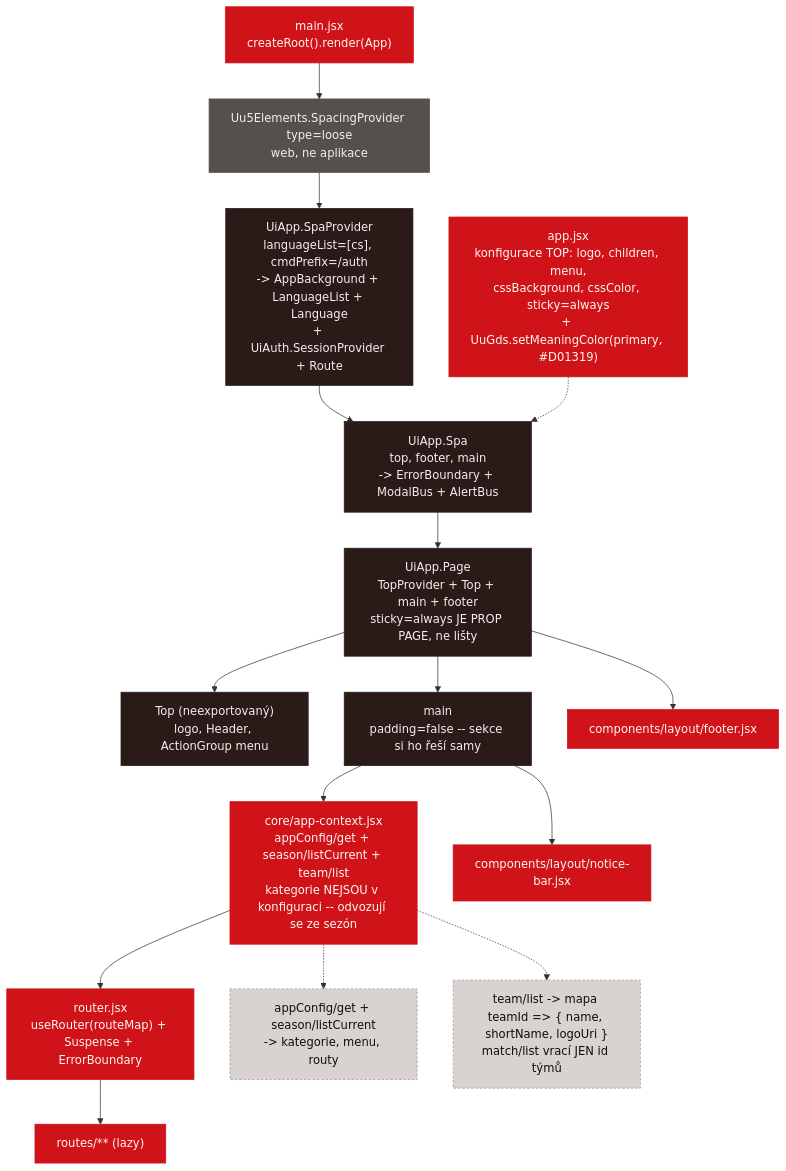
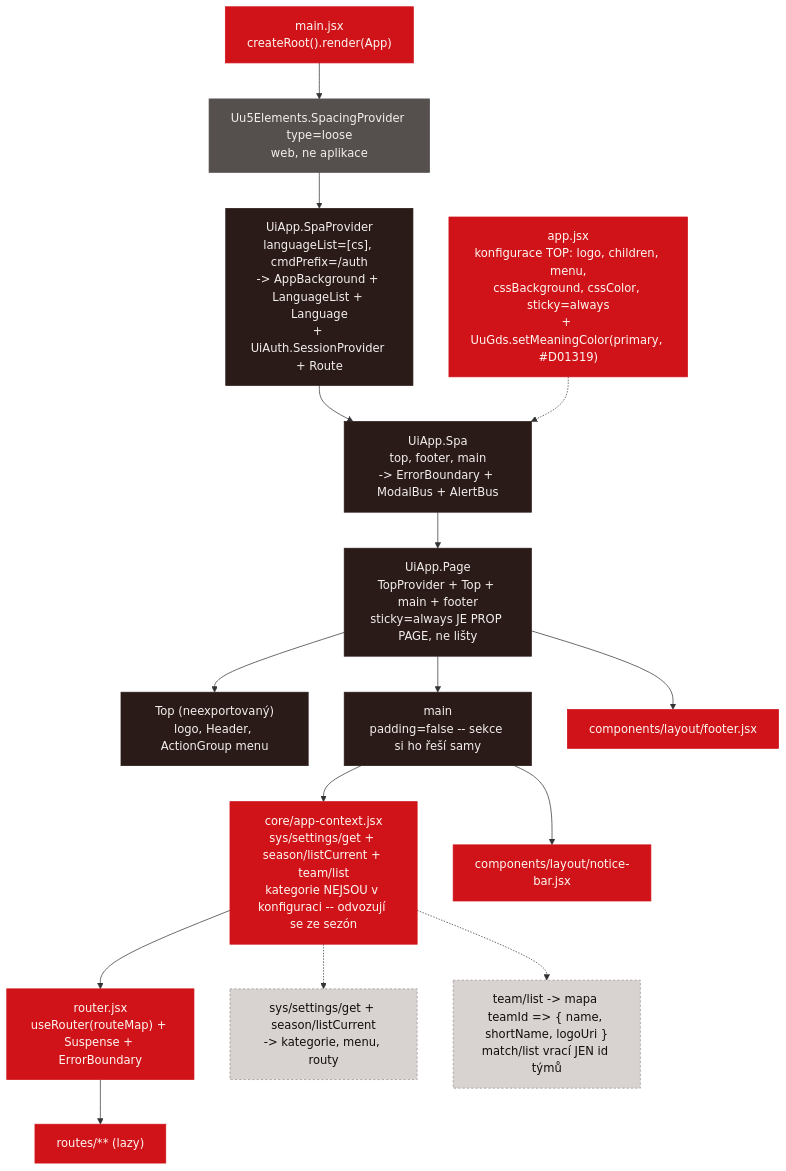
One commit to capo00/afkbratcice changed the first of 10 diagrams in design/component-tree.md. Above: the diagram before and after it, drawn with Mermaid. The commit also changed 34 other files, not shown here.

````diff
--- a/design/component-tree.md
+++ b/design/component-tree.md
@@ -46,34 +46,34 @@
 ```mermaid
 flowchart TD
   main0["main.jsx<br/>createRoot().render(App)"]:::own
   app["app.jsx<br/>konfigurace TOP: logo, children, menu,<br/>cssBackground, cssColor, sticky=always<br/>+ UuGds.setMeaningColor(primary, #D01319)"]:::own
   spacing["Uu5Elements.SpacingProvider type=loose<br/>web, ne aplikace"]:::uu5
   provider["UiApp.SpaProvider<br/>languageList=[cs], cmdPrefix=/auth<br/>-> AppBackground + LanguageList + Language<br/>+ UiAuth.SessionProvider + Route"]:::caio
   spa["UiApp.Spa<br/>top, footer, main<br/>-> ErrorBoundary + ModalBus + AlertBus"]:::caio
   cpage["UiApp.Page<br/>TopProvider + Top + main + footer<br/>sticky=always JE PROP PAGE, ne lišty"]:::caio
   ctop["Top (neexportovaný)<br/>logo, Header, ActionGroup menu"]:::caio
   cmain["main<br/>padding=false -- sekce si ho řeší samy"]:::caio
-  appctx["core/app-context.jsx<br/>appConfig/get + season/listCurrent + team/list<br/>kategorie NEJSOU v konfiguraci -- odvozují se ze sezón"]:::own
+  appctx["core/app-context.jsx<br/>sys/settings/get + season/listCurrent + team/list<br/>kategorie NEJSOU v konfiguraci -- odvozují se ze sezón"]:::own
   router["router.jsx<br/>useRouter(routeMap) + Suspense + ErrorBoundary"]:::own
   routes["routes/** (lazy)"]:::own
   notice["components/layout/notice-bar.jsx"]:::own
   footer["components/layout/footer.jsx"]:::own
-  cfg["appConfig/get + season/listCurrent<br/>-> kategorie, menu, routy"]:::data
+  cfg["sys/settings/get + season/listCurrent<br/>-> kategorie, menu, routy"]:::data
   teams["team/list -> mapa teamId => { name, shortName, logoUri }<br/>match/list vrací JEN id týmů"]:::data
 
   main0 --> spacing --> provider --> spa --> cpage
   cpage --> ctop
   cpage --> cmain
   cpage --> footer
   app -.-> spa
   cmain --> notice
   cmain --> appctx --> router --> routes
   appctx -.-> cfg
   appctx -.-> teams
 
   classDef own fill:#D01319,color:#FEF7F2,stroke:#D01319
   classDef caio fill:#2A1B19,color:#F3EFED,stroke:#2A1B19
   classDef uu5 fill:#55504E,color:#F3EFED,stroke:#55504E
   classDef html fill:#F3EFED,color:#120D0C,stroke:#99908E
   classDef data fill:#D8D2D0,color:#120D0C,stroke:#99908E,stroke-dasharray:3 3
 ```
````
